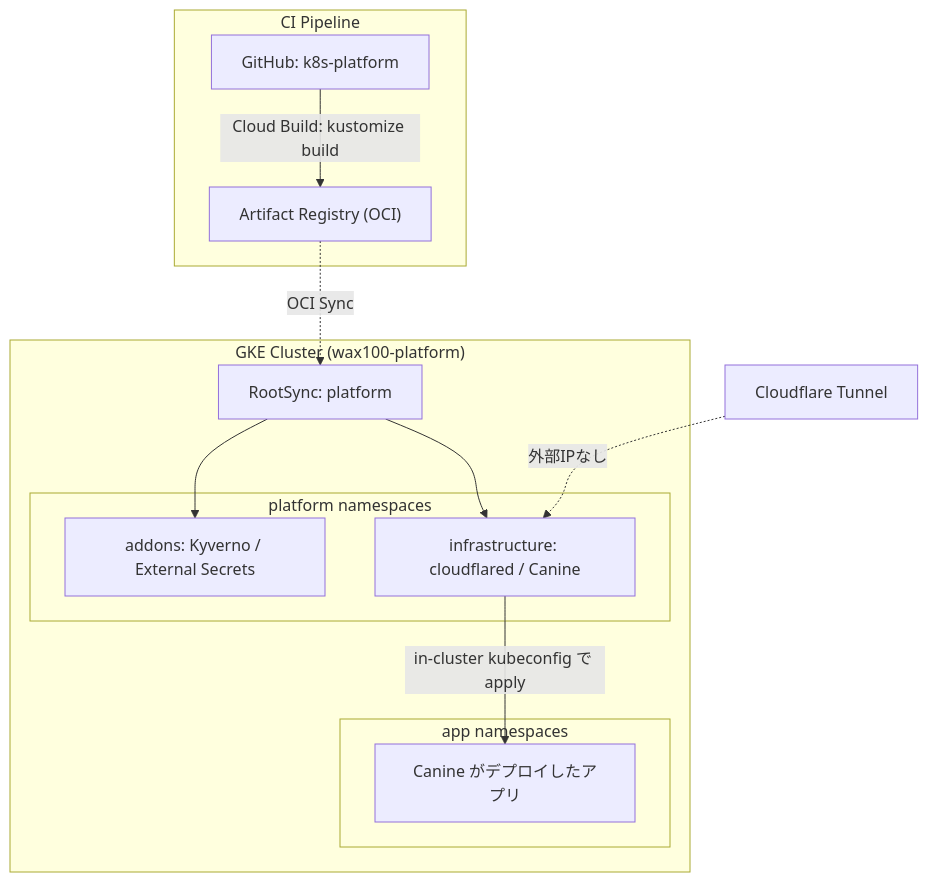
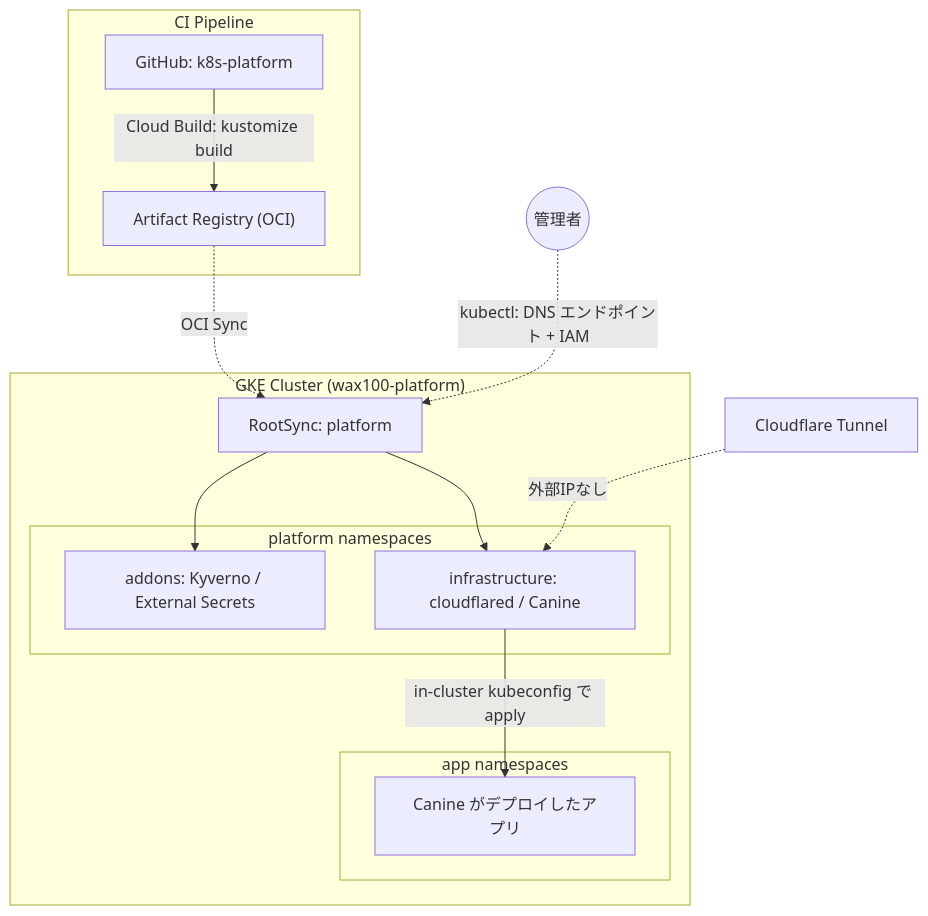
One commit to waxsd100/k8s-platform changed the diagram in docs/ARCHITECTURE.md. Above: the diagram before and after it, drawn with Mermaid. The commit also changed other lines of this file and 6 other files, not shown here.

````diff
--- a/docs/ARCHITECTURE.md
+++ b/docs/ARCHITECTURE.md
@@ -35,26 +35,27 @@
 ```mermaid
 graph TD
     subgraph "CI Pipeline"
         Git[GitHub: k8s-platform] -->|Cloud Build: kustomize build| AR["Artifact Registry (OCI)"]
     end
 
     subgraph "GKE Cluster (wax100-platform)"
         RootPlatform[RootSync: platform]
 
         subgraph "platform namespaces"
             Addons["addons: Kyverno / External Secrets"]
             Infra["infrastructure: cloudflared / Canine"]
         end
 
         subgraph "app namespaces"
             Apps["Canine がデプロイしたアプリ"]
         end
 
         RootPlatform --> Addons
         RootPlatform --> Infra
         Infra -->|in-cluster kubeconfig で apply| Apps
     end
 
     AR -.->|OCI Sync| RootPlatform
     CF[Cloudflare Tunnel] -.->|外部IPなし| Infra
+    ADMIN((管理者)) -.->|kubectl: DNS エンドポイント + IAM| RootPlatform
 ```
````
